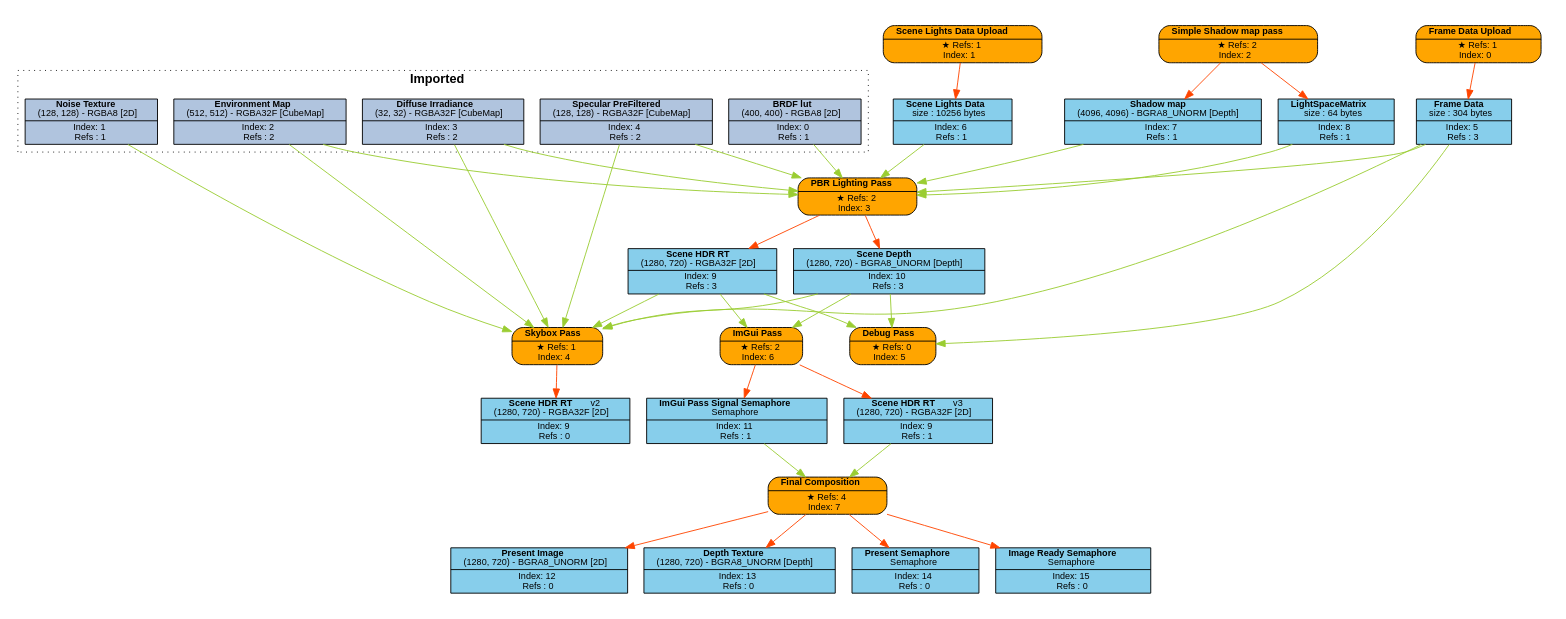
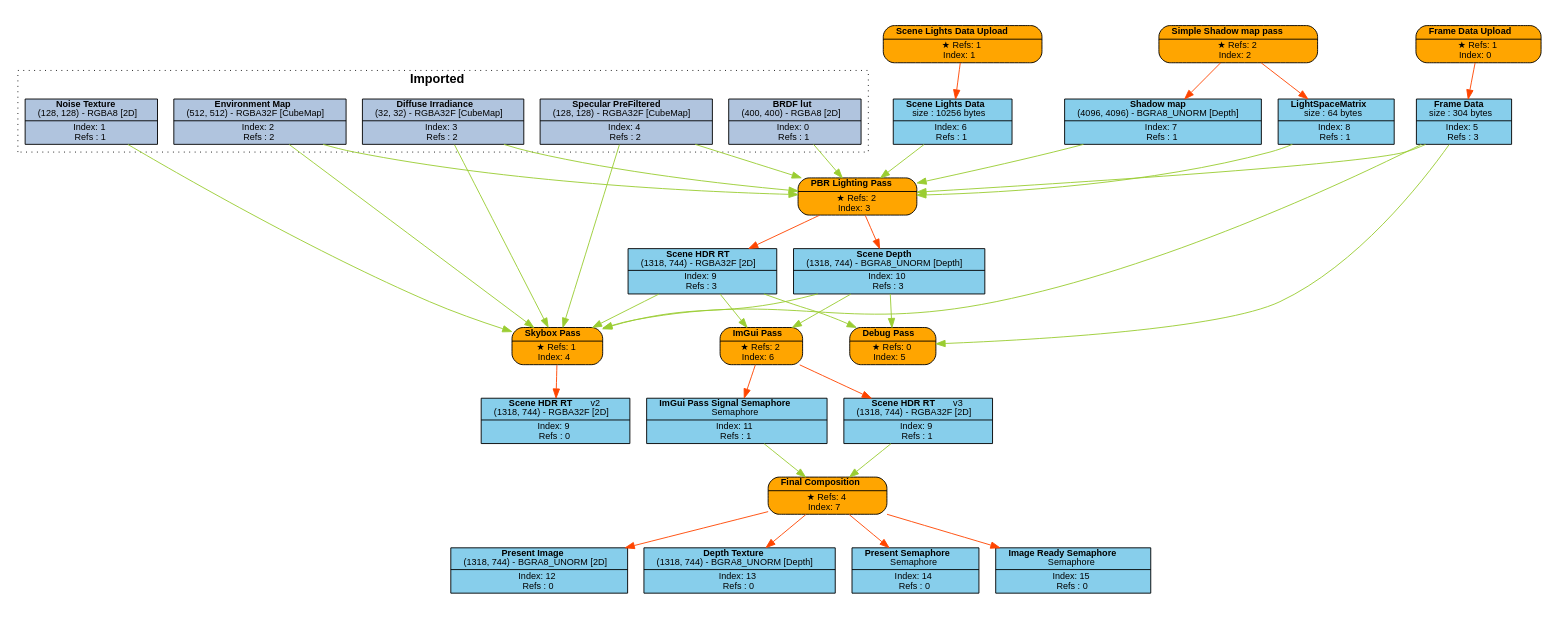
The diagram in Engine/content/FrameGraphs/pbr_lighting_test.dot (Pikachuxxxx/Razix), drawn with Graphviz before and after one commit. The commit also changed 82 other files, not shown here.

Commit message:
[Graphics] Bindless Textures Test is done;

```diff
--- a/Engine/content/FrameGraphs/pbr_lighting_test.dot
+++ b/Engine/content/FrameGraphs/pbr_lighting_test.dot
@@ -1,91 +1,91 @@
 digraph FrameGraph {
 graph [style=invis, rankdir="TB" ordering=out, splines=spline]
 node [shape=record, fontname="helvetica", fontsize=10, margin="0.2,0.03"]
 
 P0 [label=<{ {<B>Frame Data Upload</B>} | {&#x2605; Refs: 1<BR/> Index: 0} }> style="rounded,filled", fillcolor=orange]
 P1 [label=<{ {<B>Scene Lights Data Upload</B>} | {&#x2605; Refs: 1<BR/> Index: 1} }> style="rounded,filled", fillcolor=orange]
 P2 [label=<{ {<B>Simple Shadow map pass</B>} | {&#x2605; Refs: 2<BR/> Index: 2} }> style="rounded,filled", fillcolor=orange]
 P3 [label=<{ {<B>PBR Lighting Pass</B>} | {&#x2605; Refs: 2<BR/> Index: 3} }> style="rounded,filled", fillcolor=orange]
 P4 [label=<{ {<B>Skybox Pass</B>} | {&#x2605; Refs: 1<BR/> Index: 4} }> style="rounded,filled", fillcolor=orange]
 P5 [label=<{ {<B>Debug Pass</B>} | {&#x2605; Refs: 0<BR/> Index: 5} }> style="rounded,filled", fillcolor=orange]
 P6 [label=<{ {<B>ImGui Pass</B>} | {&#x2605; Refs: 2<BR/> Index: 6} }> style="rounded,filled", fillcolor=orange]
 P7 [label=<{ {<B>Final Composition</B>} | {&#x2605; Refs: 4<BR/> Index: 7} }> style="rounded,filled", fillcolor=orange]
 
 R0_1 [label=<{ {<B>BRDF lut</B><BR/>(400, 400) - RGBA8 [2D]} | {Index: 0<BR/>Refs : 1} }> style=filled, fillcolor=lightsteelblue]
 R1_1 [label=<{ {<B>Noise Texture</B><BR/>(128, 128) - RGBA8 [2D]} | {Index: 1<BR/>Refs : 1} }> style=filled, fillcolor=lightsteelblue]
 R2_1 [label=<{ {<B>Environment Map</B><BR/>(512, 512) - RGBA32F [CubeMap]} | {Index: 2<BR/>Refs : 2} }> style=filled, fillcolor=lightsteelblue]
 R3_1 [label=<{ {<B>Diffuse Irradiance</B><BR/>(32, 32) - RGBA32F [CubeMap]} | {Index: 3<BR/>Refs : 2} }> style=filled, fillcolor=lightsteelblue]
 R4_1 [label=<{ {<B>Specular PreFiltered</B><BR/>(128, 128) - RGBA32F [CubeMap]} | {Index: 4<BR/>Refs : 2} }> style=filled, fillcolor=lightsteelblue]
 R5_1 [label=<{ {<B>Frame Data</B><BR/>size : 304 bytes} | {Index: 5<BR/>Refs : 3} }> style=filled, fillcolor=skyblue]
 R6_1 [label=<{ {<B>Scene Lights Data</B><BR/>size : 10256 bytes} | {Index: 6<BR/>Refs : 1} }> style=filled, fillcolor=skyblue]
 R7_1 [label=<{ {<B>Shadow map</B><BR/>(4096, 4096) - BGRA8_UNORM [Depth]} | {Index: 7<BR/>Refs : 1} }> style=filled, fillcolor=skyblue]
 R8_1 [label=<{ {<B>LightSpaceMatrix</B><BR/>size : 64 bytes} | {Index: 8<BR/>Refs : 1} }> style=filled, fillcolor=skyblue]
-R9_1 [label=<{ {<B>Scene HDR RT</B><BR/>(1280, 720) - RGBA32F [2D]} | {Index: 9<BR/>Refs : 3} }> style=filled, fillcolor=skyblue]
-R10_1 [label=<{ {<B>Scene Depth</B><BR/>(1280, 720) - BGRA8_UNORM [Depth]} | {Index: 10<BR/>Refs : 3} }> style=filled, fillcolor=skyblue]
-R9_2 [label=<{ {<B>Scene HDR RT</B>   <FONT>v2</FONT><BR/>(1280, 720) - RGBA32F [2D]} | {Index: 9<BR/>Refs : 0} }> style=filled, fillcolor=skyblue]
+R9_1 [label=<{ {<B>Scene HDR RT</B><BR/>(1318, 744) - RGBA32F [2D]} | {Index: 9<BR/>Refs : 3} }> style=filled, fillcolor=skyblue]
+R10_1 [label=<{ {<B>Scene Depth</B><BR/>(1318, 744) - BGRA8_UNORM [Depth]} | {Index: 10<BR/>Refs : 3} }> style=filled, fillcolor=skyblue]
+R9_2 [label=<{ {<B>Scene HDR RT</B>   <FONT>v2</FONT><BR/>(1318, 744) - RGBA32F [2D]} | {Index: 9<BR/>Refs : 0} }> style=filled, fillcolor=skyblue]
 R11_1 [label=<{ {<B>ImGui Pass Signal Semaphore</B><BR/>Semaphore} | {Index: 11<BR/>Refs : 1} }> style=filled, fillcolor=skyblue]
-R9_3 [label=<{ {<B>Scene HDR RT</B>   <FONT>v3</FONT><BR/>(1280, 720) - RGBA32F [2D]} | {Index: 9<BR/>Refs : 1} }> style=filled, fillcolor=skyblue]
-R12_1 [label=<{ {<B>Present Image</B><BR/>(1280, 720) - BGRA8_UNORM [2D]} | {Index: 12<BR/>Refs : 0} }> style=filled, fillcolor=skyblue]
-R13_1 [label=<{ {<B>Depth Texture</B><BR/>(1280, 720) - BGRA8_UNORM [Depth]} | {Index: 13<BR/>Refs : 0} }> style=filled, fillcolor=skyblue]
+R9_3 [label=<{ {<B>Scene HDR RT</B>   <FONT>v3</FONT><BR/>(1318, 744) - RGBA32F [2D]} | {Index: 9<BR/>Refs : 1} }> style=filled, fillcolor=skyblue]
+R12_1 [label=<{ {<B>Present Image</B><BR/>(1318, 744) - BGRA8_UNORM [2D]} | {Index: 12<BR/>Refs : 0} }> style=filled, fillcolor=skyblue]
+R13_1 [label=<{ {<B>Depth Texture</B><BR/>(1318, 744) - BGRA8_UNORM [Depth]} | {Index: 13<BR/>Refs : 0} }> style=filled, fillcolor=skyblue]
 R14_1 [label=<{ {<B>Present Semaphore</B><BR/>Semaphore} | {Index: 14<BR/>Refs : 0} }> style=filled, fillcolor=skyblue]
 R15_1 [label=<{ {<B>Image Ready Semaphore</B><BR/>Semaphore} | {Index: 15<BR/>Refs : 0} }> style=filled, fillcolor=skyblue]
 
 P0 -> { R5_1 } [color=orangered]
 P1 -> { R6_1 } [color=orangered]
 P2 -> { R7_1 R8_1 } [color=orangered]
 P3 -> { R9_1 R10_1 } [color=orangered]
 P4 -> { R9_2 } [color=orangered]
 P5 -> { } [color=orangered]
 P6 -> { R9_3 R11_1 } [color=orangered]
 P7 -> { R12_1 R13_1 R14_1 R15_1 } [color=orangered]
 
 R0_1 -> { P3 } [color=olivedrab3]
 R1_1 -> { P4 } [color=olivedrab3]
 R2_1 -> { P3 P4 } [color=olivedrab3]
 R3_1 -> { P3 P4 } [color=olivedrab3]
 R4_1 -> { P3 P4 } [color=olivedrab3]
 R5_1 -> { P3 P4 P5 } [color=olivedrab3]
 R6_1 -> { P3 } [color=olivedrab3]
 R7_1 -> { P3 } [color=olivedrab3]
 R8_1 -> { P3 } [color=olivedrab3]
 R9_1 -> { P4 P5 P6 } [color=olivedrab3]
 R10_1 -> { P4 P5 P6 } [color=olivedrab3]
 R9_2 -> { } [color=olivedrab3]
 R11_1 -> { P7 } [color=olivedrab3]
 R9_3 -> { P7 } [color=olivedrab3]
 R12_1 -> { } [color=olivedrab3]
 R13_1 -> { } [color=olivedrab3]
 R14_1 -> { } [color=olivedrab3]
 R15_1 -> { } [color=olivedrab3]
 
 subgraph cluster_0 {
 P0 R5_1 
 }
 subgraph cluster_1 {
 P1 R6_1 
 }
 subgraph cluster_2 {
 P2 R7_1 R8_1 
 }
 subgraph cluster_3 {
 P3 R9_1 R10_1 
 }
 subgraph cluster_4 {
 P4 
 }
 subgraph cluster_5 {
 P5 
 }
 subgraph cluster_6 {
 P6 R11_1 
 }
 subgraph cluster_7 {
 P7 R12_1 R13_1 R14_1 R15_1 
 }
 
 subgraph cluster_imported_resources {
 graph [style=dotted, fontname="helvetica", label=< <B>Imported</B> >]
 R0_1 R1_1 R2_1 R3_1 R4_1 
 }
 
 }
```
